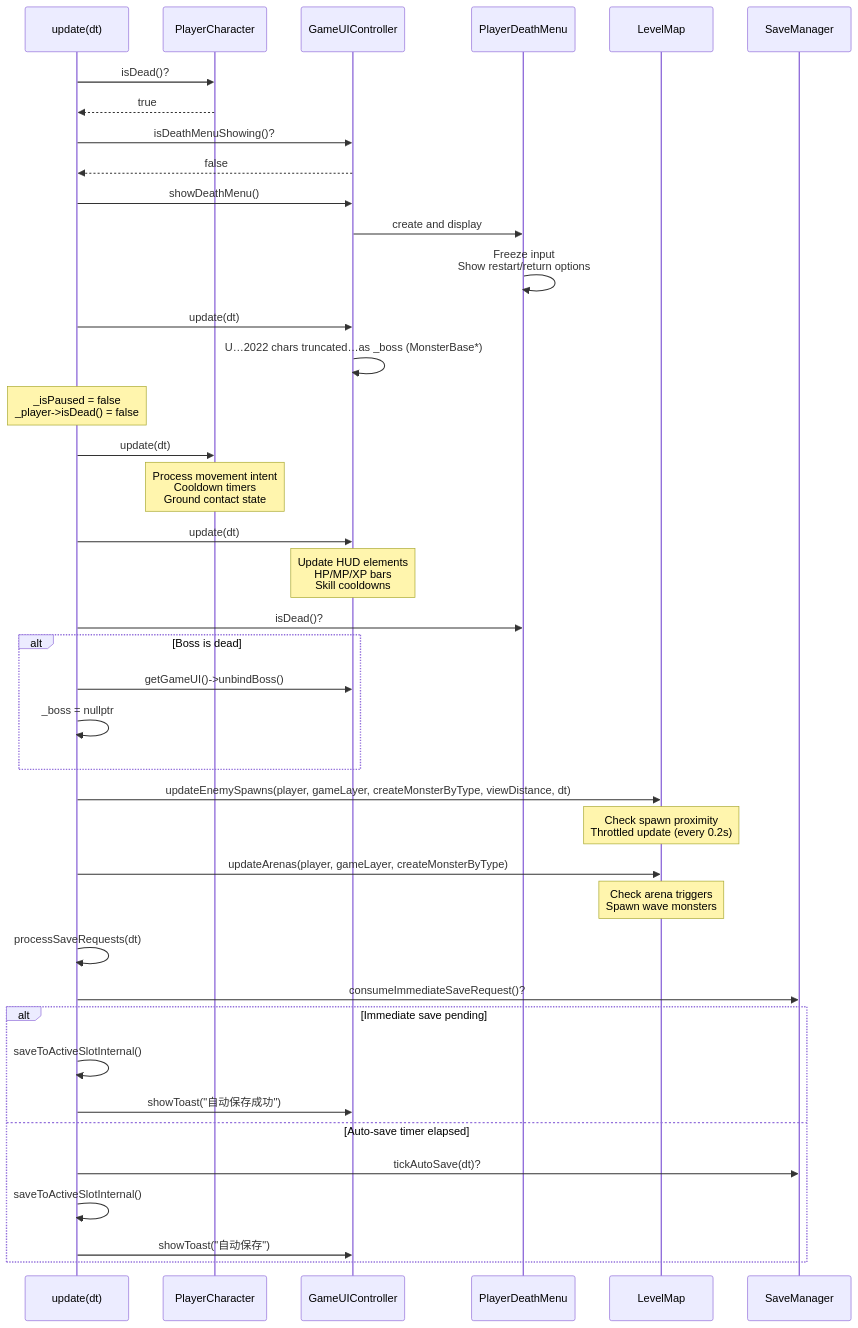
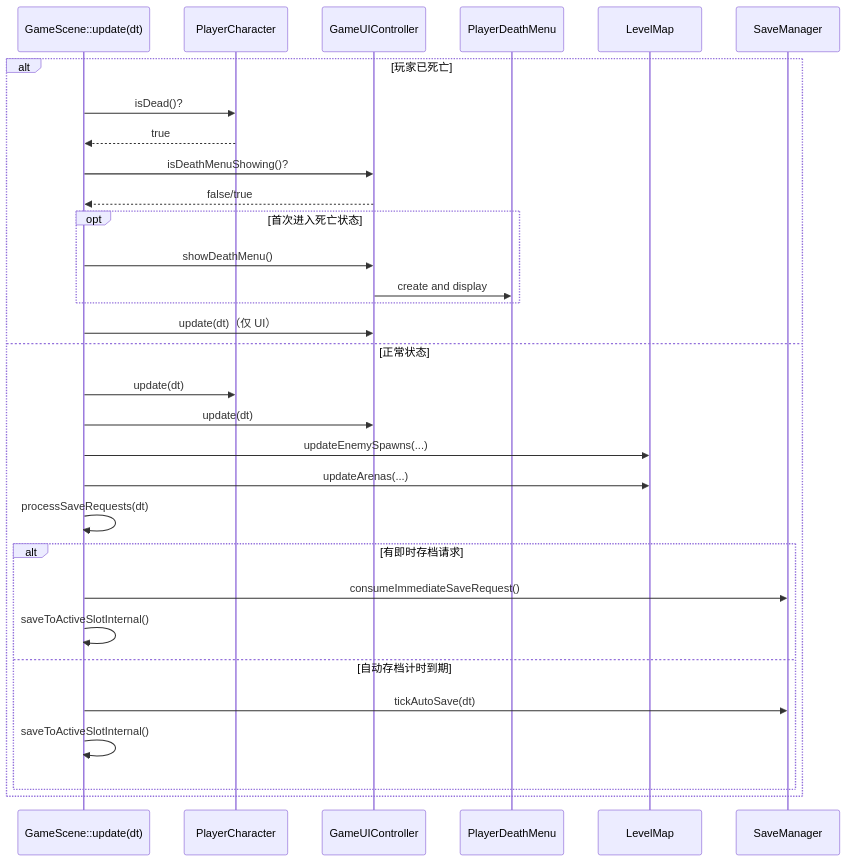
The second of 8 diagrams in docs/deekwiki/更新循环与运行时逻辑.md (lilong555/Adventure-King), drawn with Mermaid before and after one commit. The commit also changed other lines of this file and 57 other files, not shown here.

Commit message:
fix: 修复 DeepWiki 链接与 Mermaid 渲染

````diff
--- a/docs/deekwiki/更新循环与运行时逻辑.md
+++ b/docs/deekwiki/更新循环与运行时逻辑.md
@@ -75,44 +75,34 @@
 ```mermaid
 sequenceDiagram
-  participant p1 as update(dt)
-  participant p2 as PlayerCharacter
-  participant p3 as GameUIController
-  participant p4 as PlayerDeathMenu
+  participant GS as GameScene::update(dt)
+  participant PC as PlayerCharacter
+  participant UI as GameUIController
+  participant DM as PlayerDeathMenu
+  participant LM as LevelMap
+  participant SM as SaveManager
 
-  p1->>p2: isDead()?
-  p2-->>p1: true
-  p1->>p3: isDeathMenuShowing()?
-  p3-->>p1: false
-  p1->>p3: showDeathMenu()
-  p3->>p4: create and display
-  p4->>p4: Freeze input<br/>Show restart/return options
-  p1->>p3: update(dt)
-  p3->>p3: U…2022 chars truncated…as _boss (MonsterBase*)
-  participant p5 as LevelMap
-  participant p6 as SaveManager
-
-  note over p1: _isPaused = false<br/>_player->isDead() = false
-  p1->>p2: update(dt)
-  note over p2: Process movement intent<br/>Cooldown timers<br/>Ground contact state
-  p1->>p3: update(dt)
-  note over p3: Update HUD elements<br/>HP/MP/XP bars<br/>Skill cooldowns
-  p1->>p4: isDead()?
-  alt Boss is dead
-    p1->>p3: getGameUI()->unbindBoss()
-    p1->>p1: _boss = nullptr
-  end
-  p1->>p5: updateEnemySpawns(player, gameLayer, createMonsterByType, viewDistance, dt)
-  note over p5: Check spawn proximity<br/>Throttled update (every 0.2s)
-  p1->>p5: updateArenas(player, gameLayer, createMonsterByType)
-  note over p5: Check arena triggers<br/>Spawn wave monsters
-  p1->>p1: processSaveRequests(dt)
-  p1->>p6: consumeImmediateSaveRequest()?
-  alt Immediate save pending
-    p1->>p1: saveToActiveSlotInternal()
-    p1->>p3: showToast("自动保存成功")
-  else Auto-save timer elapsed
-    p1->>p6: tickAutoSave(dt)?
-    p1->>p1: saveToActiveSlotInternal()
-    p1->>p3: showToast("自动保存")
+  alt 玩家已死亡
+    GS->>PC: isDead()?
+    PC-->>GS: true
+    GS->>UI: isDeathMenuShowing()?
+    UI-->>GS: false/true
+    opt 首次进入死亡状态
+      GS->>UI: showDeathMenu()
+      UI->>DM: create and display
+    end
+    GS->>UI: update(dt)（仅 UI）
+  else 正常状态
+    GS->>PC: update(dt)
+    GS->>UI: update(dt)
+    GS->>LM: updateEnemySpawns(...)
+    GS->>LM: updateArenas(...)
+    GS->>GS: processSaveRequests(dt)
+    alt 有即时存档请求
+      GS->>SM: consumeImmediateSaveRequest()
+      GS->>GS: saveToActiveSlotInternal()
+    else 自动存档计时到期
+      GS->>SM: tickAutoSave(dt)
+      GS->>GS: saveToActiveSlotInternal()
+    end
   end
 ```
````
